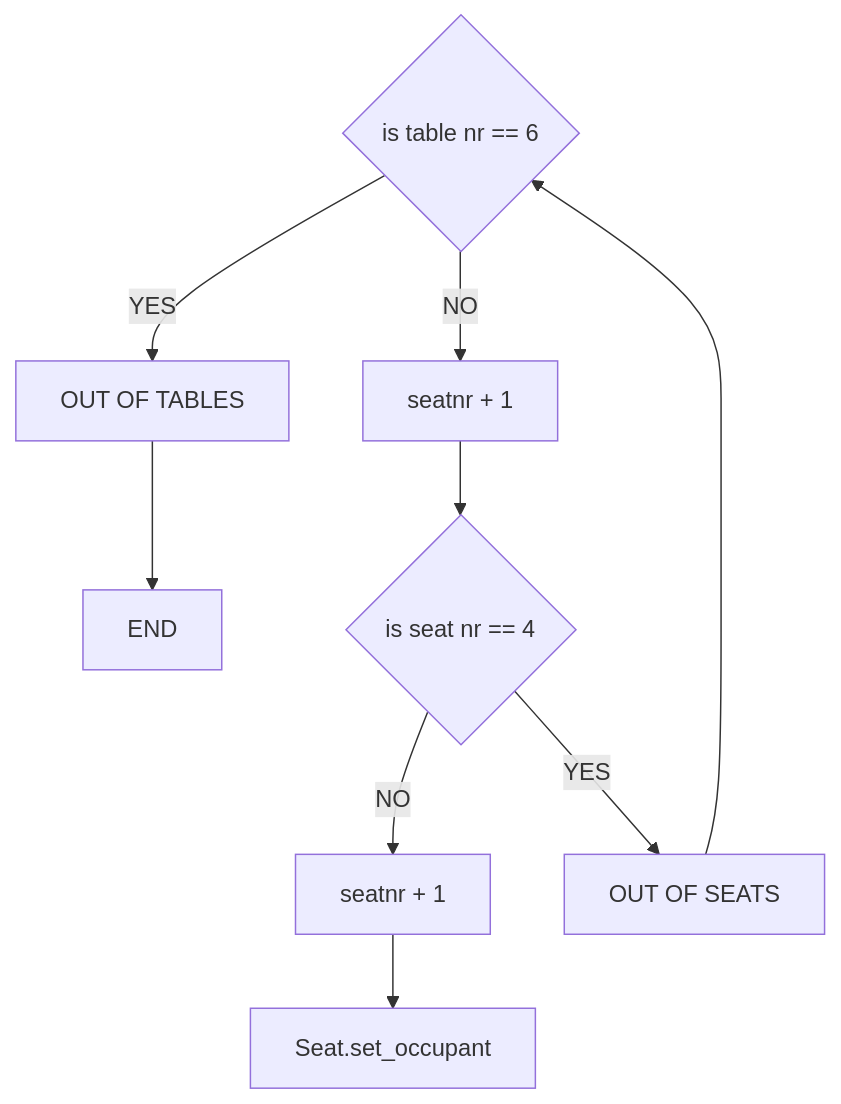
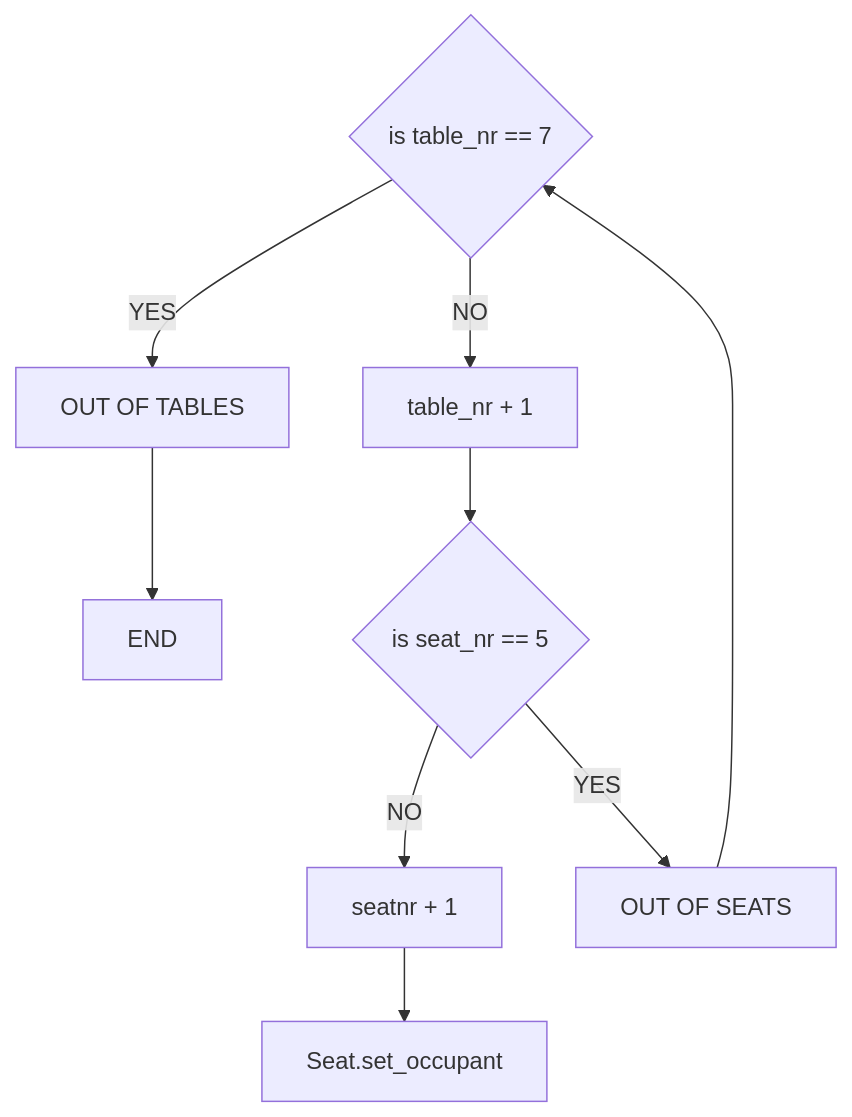
Before and after one commit to NathNacht/challenge-openspace-classifier: the second of 2 diagrams in README.md, drawn with Mermaid. The commit also changed other lines of this file, not shown here.

Commit message:
mermaid flowchart updated

````diff
--- a/README.md
+++ b/README.md
@@ -25,11 +26,11 @@
 ```mermaid
 graph TD;
-    A{is table nr == 6} -- YES --> B[OUT OF TABLES]
+    A{is table_nr == 7} -- YES --> B[OUT OF TABLES]
     B --> X[END]
-    A -- NO --> C[seatnr + 1]
-    C --> D{is seat nr == 4}
+    A -- NO --> C[table_nr + 1]
+    C --> D{is seat_nr == 5}
     D -- NO --> E[seatnr + 1]
     D -- YES --> F[OUT OF SEATS]
     F --> A
     E --> G[Seat.set_occupant]
 ```
````
